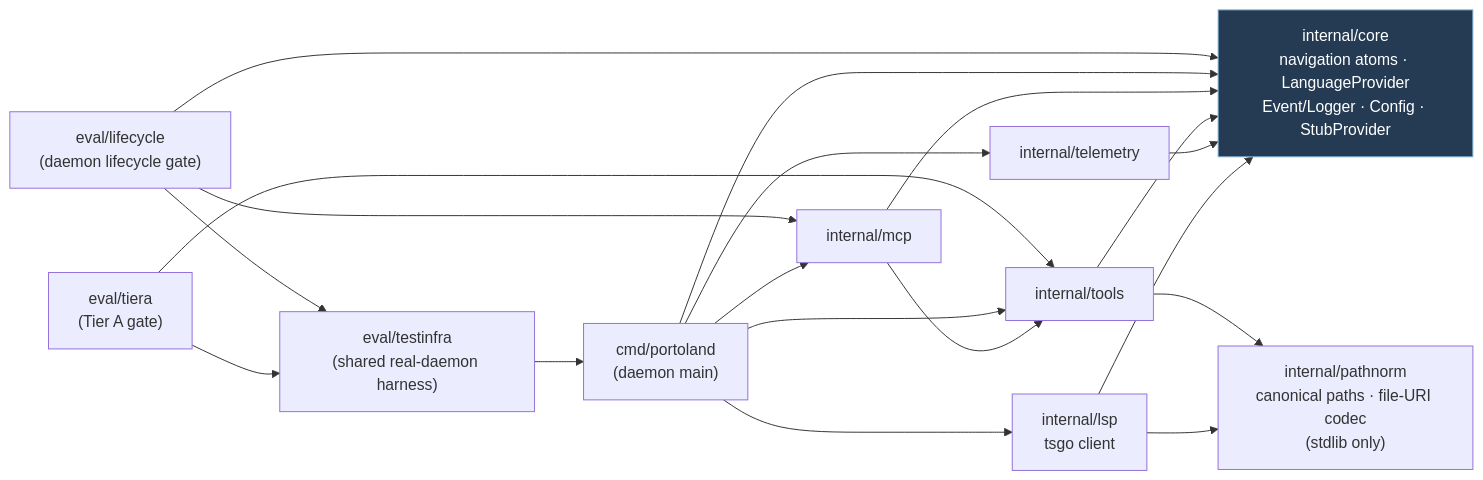
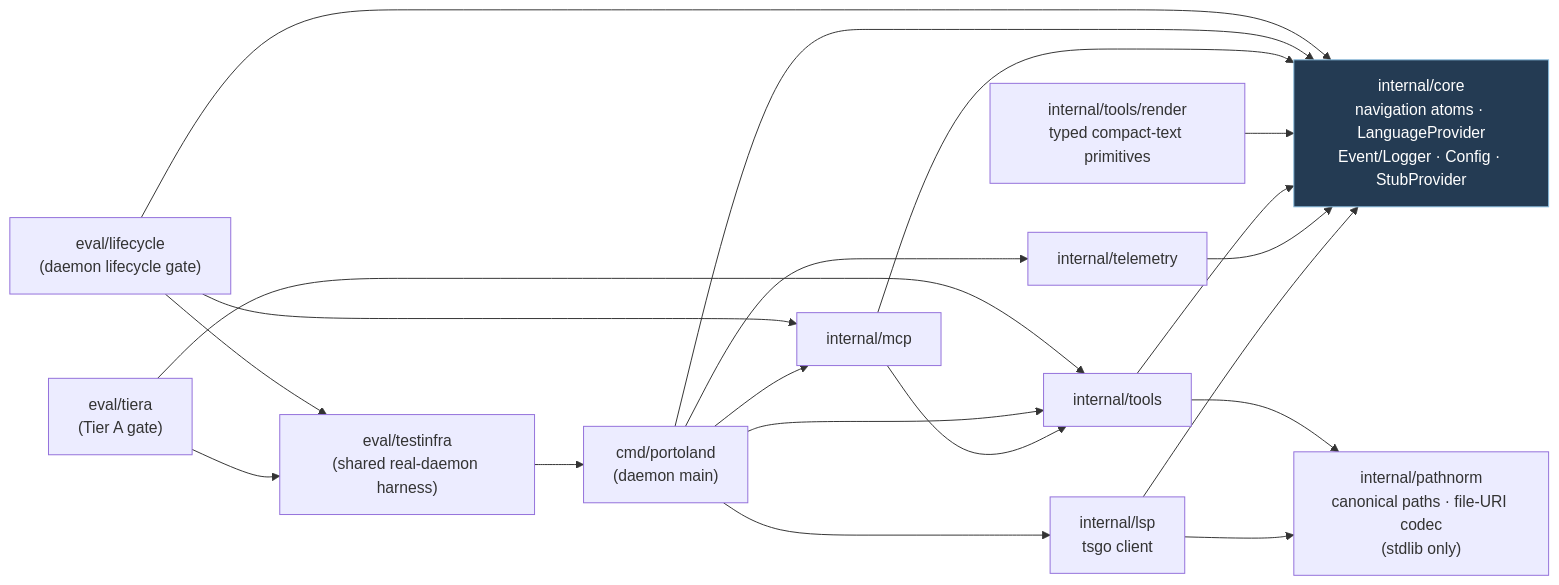
Before and after one commit to skflowne/portolan: the fourth of 6 diagrams in ARCHITECTURE.md, drawn with Mermaid. The commit also changed other lines of this file, not shown here.

Commit message:
M3: document compact rendering ownership

````diff
--- a/ARCHITECTURE.md
+++ b/ARCHITECTURE.md
@@ -235,35 +235,37 @@
 ```mermaid
 flowchart LR
     core["internal/core<br/>navigation atoms · LanguageProvider<br/>Event/Logger · Config · StubProvider"]
     lsp["internal/lsp<br/>tsgo client"]
     path["internal/pathnorm<br/>canonical paths · file-URI codec<br/>(stdlib only)"]
     tel["internal/telemetry"]
     tools["internal/tools"]
+    render["internal/tools/render<br/>typed compact-text primitives"]
     mcp["internal/mcp"]
     cmd["cmd/portoland<br/>(daemon main)"]
     eval["eval/tiera<br/>(Tier A gate)"]
     lifecycle["eval/lifecycle<br/>(daemon lifecycle gate)"]
     testinfra["eval/testinfra<br/>(shared real-daemon harness)"]
 
     lsp --> core
     lsp --> path
     tel --> core
     tools --> core
     tools --> path
+    render --> core
     mcp --> core
     mcp --> tools
     cmd --> core
     cmd --> lsp
     cmd --> tel
     cmd --> mcp
     cmd --> tools
     eval --> tools
     eval --> testinfra
     lifecycle --> testinfra
     lifecycle --> mcp
     lifecycle --> core
     testinfra --> cmd
 
     classDef center fill:#243b53,stroke:#8bd,color:#fff;
     class core center;
 ```
````
